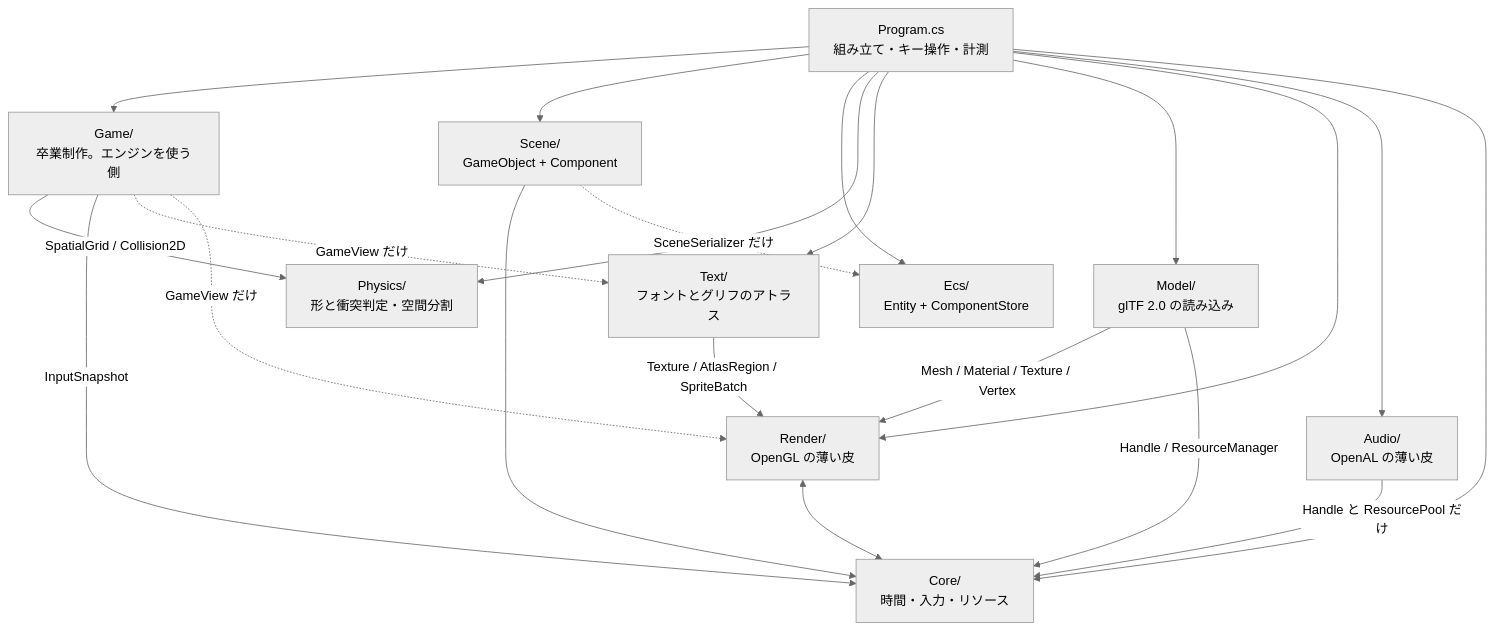
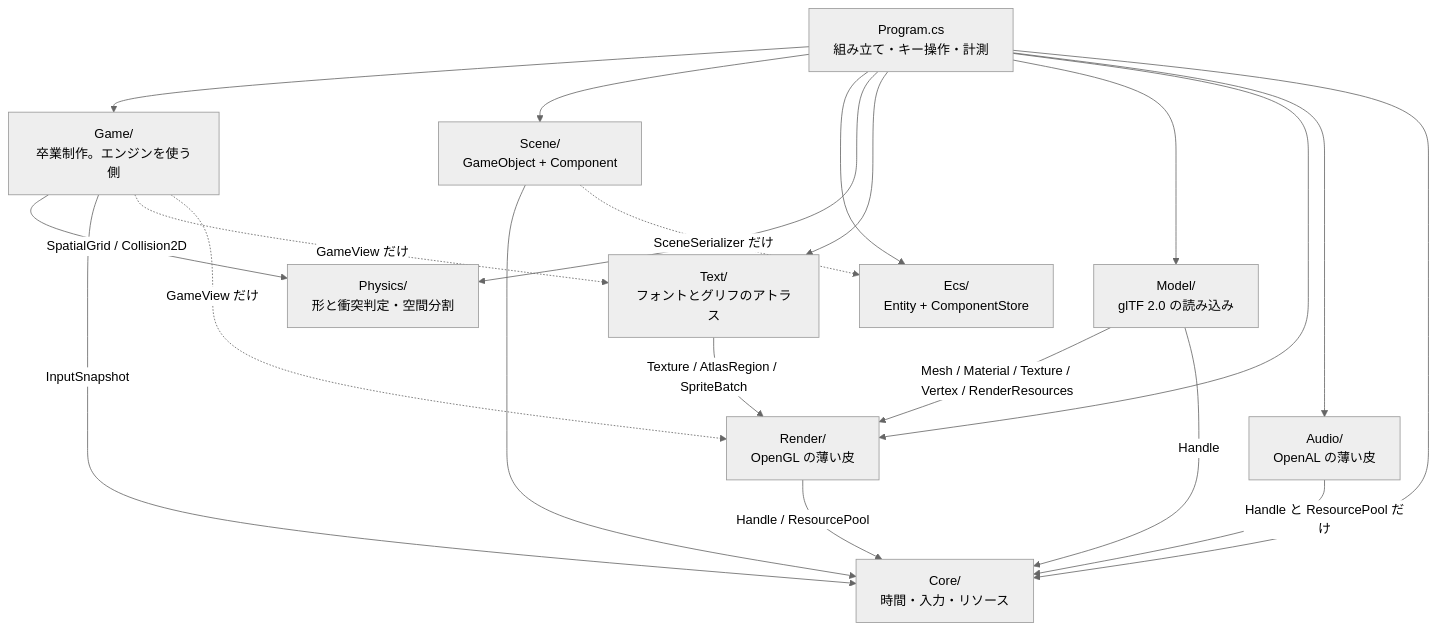
Before and after one commit to honyax/honya-game-engine: the first of 25 diagrams in docs/plans/Day32.md, drawn with Mermaid (neutral theme). The commit also changed other lines of this file and 20 other files, not shown here.

First line of the commit message:
docs: Day31〜51 の設計書を RenderResources への改名・移動に合わせる

````diff
--- a/docs/plans/Day32.md
+++ b/docs/plans/Day32.md
@@ -408,34 +408,34 @@
 ```mermaid
 graph TD
     G["Game/<br/>卒業制作。エンジンを使う側"]
     P["Program.cs<br/>組み立て・キー操作・計測"]
     S["Scene/<br/>GameObject + Component"]
     E["Ecs/<br/>Entity + ComponentStore"]
     PH["Physics/<br/>形と衝突判定・空間分割"]
     T["Text/<br/>フォントとグリフのアトラス"]
     MD["Model/<br/>glTF 2.0 の読み込み"]
     R["Render/<br/>OpenGL の薄い皮"]
     A["Audio/<br/>OpenAL の薄い皮"]
     C["Core/<br/>時間・入力・リソース"]
 
     P --> G
     P --> S
     P --> E
     P --> PH
     P --> T
     P --> MD
     P --> R
     P --> A
     P --> C
-    MD -->|"Mesh / Material / Texture / Vertex"| R
-    MD -->|"Handle / ResourceManager"| C
+    MD -->|"Mesh / Material / Texture / Vertex / RenderResources"| R
+    MD -->|"Handle"| C
     G -->|SpatialGrid / Collision2D| PH
     G -->|InputSnapshot| C
     G -.->|GameView だけ| T
     G -.->|GameView だけ| R
     S --> C
     S -.->|SceneSerializer だけ| E
     T -->|Texture / AtlasRegion / SpriteBatch| R
-    R <--> C
+    R -->|Handle / ResourcePool| C
     A -->|Handle と ResourcePool だけ| C
 ```
````
